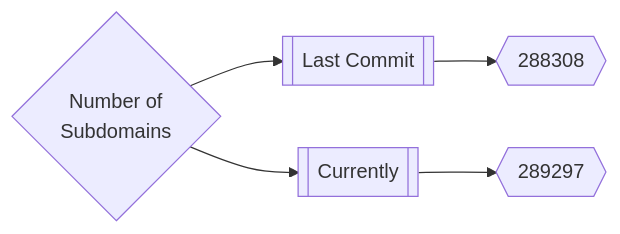
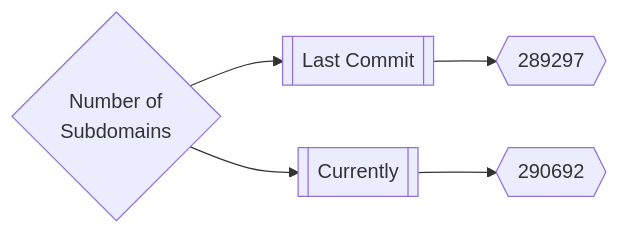
Before and after one commit to trickest/inventory: the first of 3 diagrams in README.md, drawn with Mermaid. The commit also changed other lines of this file and 196 other files, not shown here.

````diff
--- a/README.md
+++ b/README.md
@@ -165,5 +165,5 @@
 ```mermaid
 graph LR
-title{Number of<br>Subdomains} --> subdomainsDate1[[Last Commit]] --> subdomainsNum1{{288308}}
-title --> subdomainsDate2[[Currently]] --> subdomainsNum2{{289297}}
+title{Number of<br>Subdomains} --> subdomainsDate1[[Last Commit]] --> subdomainsNum1{{289297}}
+title --> subdomainsDate2[[Currently]] --> subdomainsNum2{{290692}}
 ```
````
